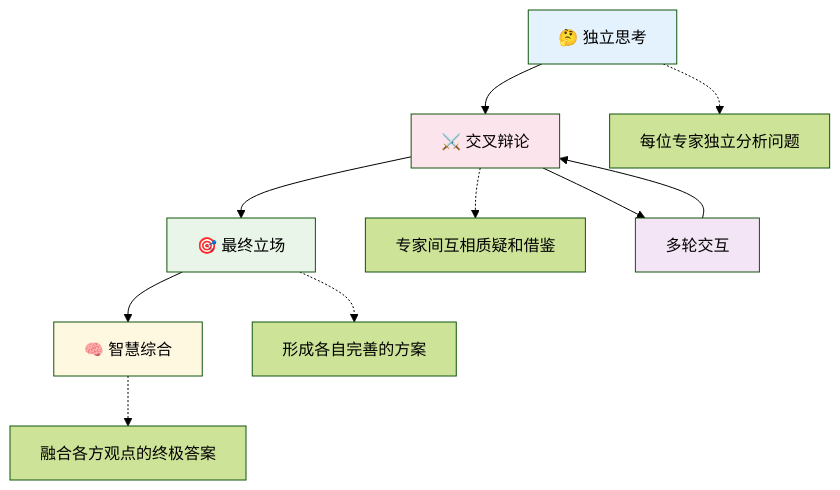
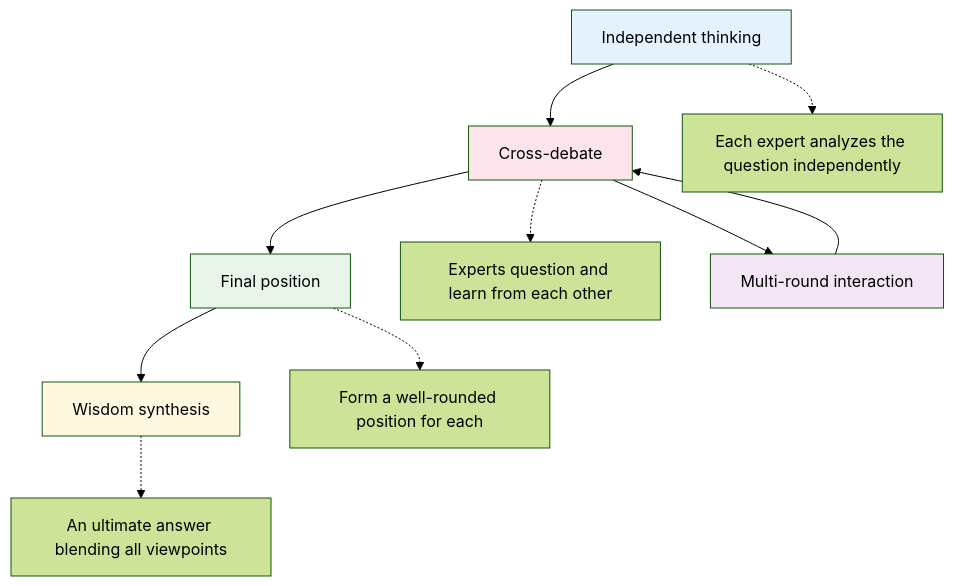
Before and after one commit to aidyou/chatspeed-res: the second of 2 diagrams in docs/mcp/chuenlye-guru-pk.md, drawn with Mermaid (forest theme). The commit also changed other lines of this file and 358 other files, not shown here.

````diff
--- a/docs/mcp/chuenlye-guru-pk.md
+++ b/docs/mcp/chuenlye-guru-pk.md
@@ -256,49 +256,49 @@
 ```mermaid
 
 flowchart TD
 
-    A[🤔 独立思考] --> B[⚔️ 交叉辩论]
+    A[Independent thinking] --> B[Cross-debate]
 
-    B --> C[🎯 最终立场]
+    B --> C[Final position]
 
-    C --> D[🧠 智慧综合]
+    C --> D[Wisdom synthesis]
 
     
 
-    A1[每位专家独立分析问题]
+    A1[Each expert analyzes the question independently]
 
-    B1[专家间互相质疑和借鉴]
+    B1[Experts question and learn from each other]
 
-    C1[形成各自完善的方案]
+    C1[Form a well-rounded position for each]
 
-    D1[融合各方观点的终极答案]
+    D1[An ultimate answer blending all viewpoints]
 
     
 
     A -.-> A1
 
     B -.-> B1
 
     C -.-> C1
 
     D -.-> D1
 
     
 
-    B --> B2[多轮交互]
+    B --> B2[Multi-round interaction]
 
     B2 --> B
 
     
 
     style A fill:#e3f2fd
 
     style B fill:#fce4ec
 
     style C fill:#e8f5e8
 
     style D fill:#fff8e1
 
     style B2 fill:#f3e5f5
 
 ```
````
